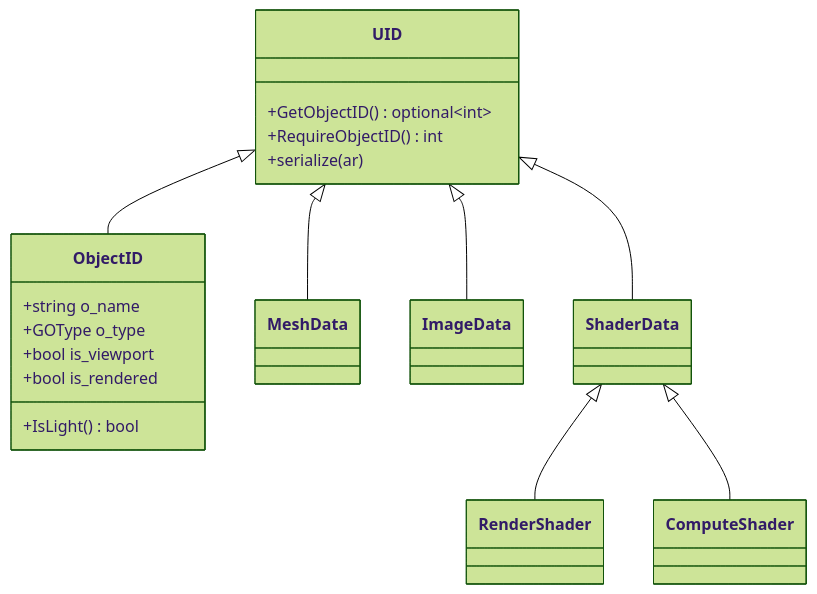
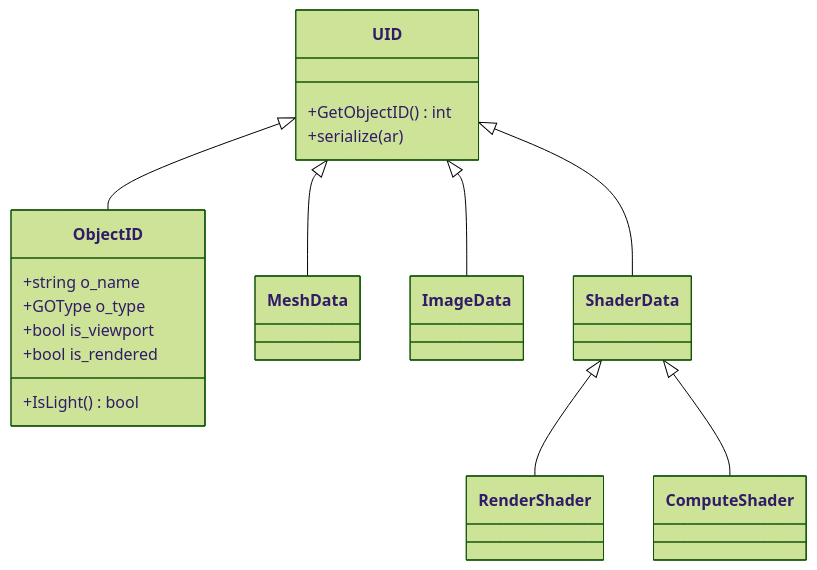
One commit to XDzZyq/Neurus changed the diagram in docs/core/uid-and-resources.md. Above: the diagram before and after it, drawn with Mermaid (forest theme). The commit also changed other lines of this file and 86 other files, not shown here.

````diff
--- a/docs/core/uid-and-resources.md
+++ b/docs/core/uid-and-resources.md
@@ -16,27 +16,26 @@
 ```mermaid
 classDiagram
     class UID {
-        +GetObjectID() optional~int~
-        +RequireObjectID() int
+        +GetObjectID() int
         +serialize(ar)
     }
     class ObjectID {
         +string o_name
         +GOType o_type
         +bool is_viewport
         +bool is_rendered
         +IsLight() bool
     }
     class MeshData
     class ImageData
     class ShaderData
     class RenderShader
     class ComputeShader
 
     UID <|-- ObjectID
     UID <|-- MeshData
     UID <|-- ImageData
     UID <|-- ShaderData
     ShaderData <|-- RenderShader
     ShaderData <|-- ComputeShader
 ```
````
